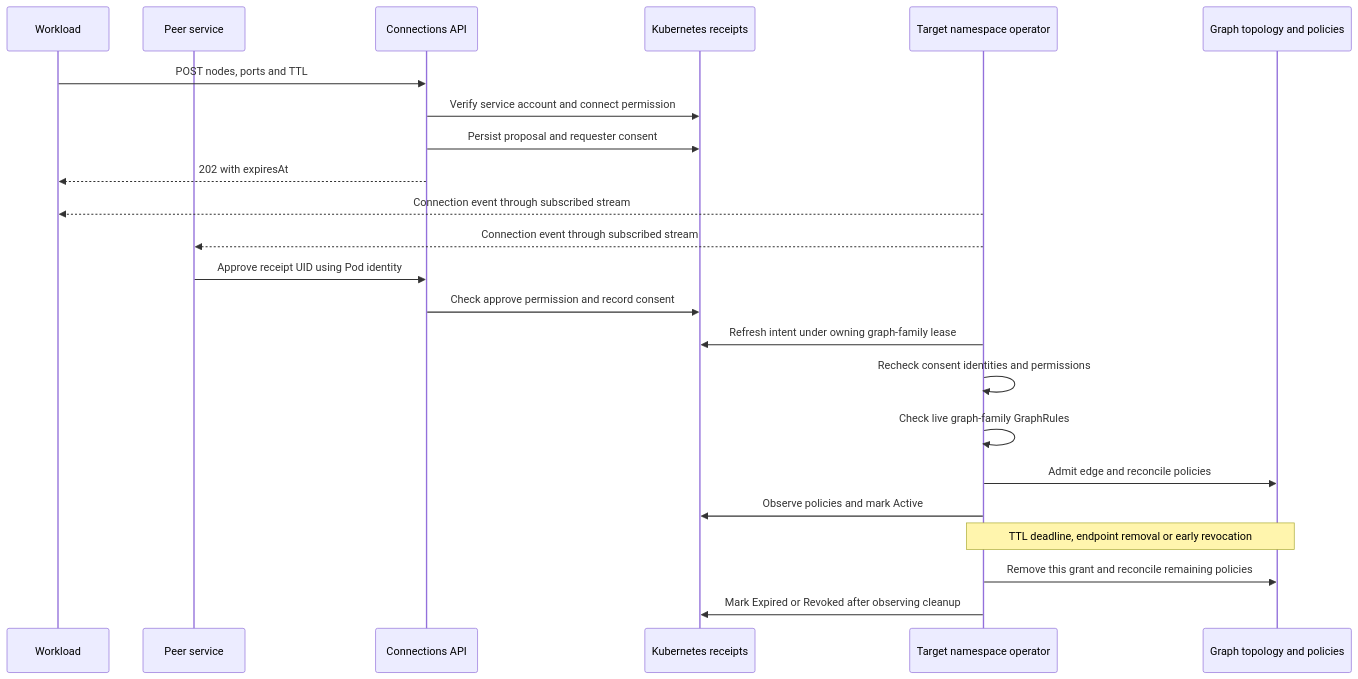
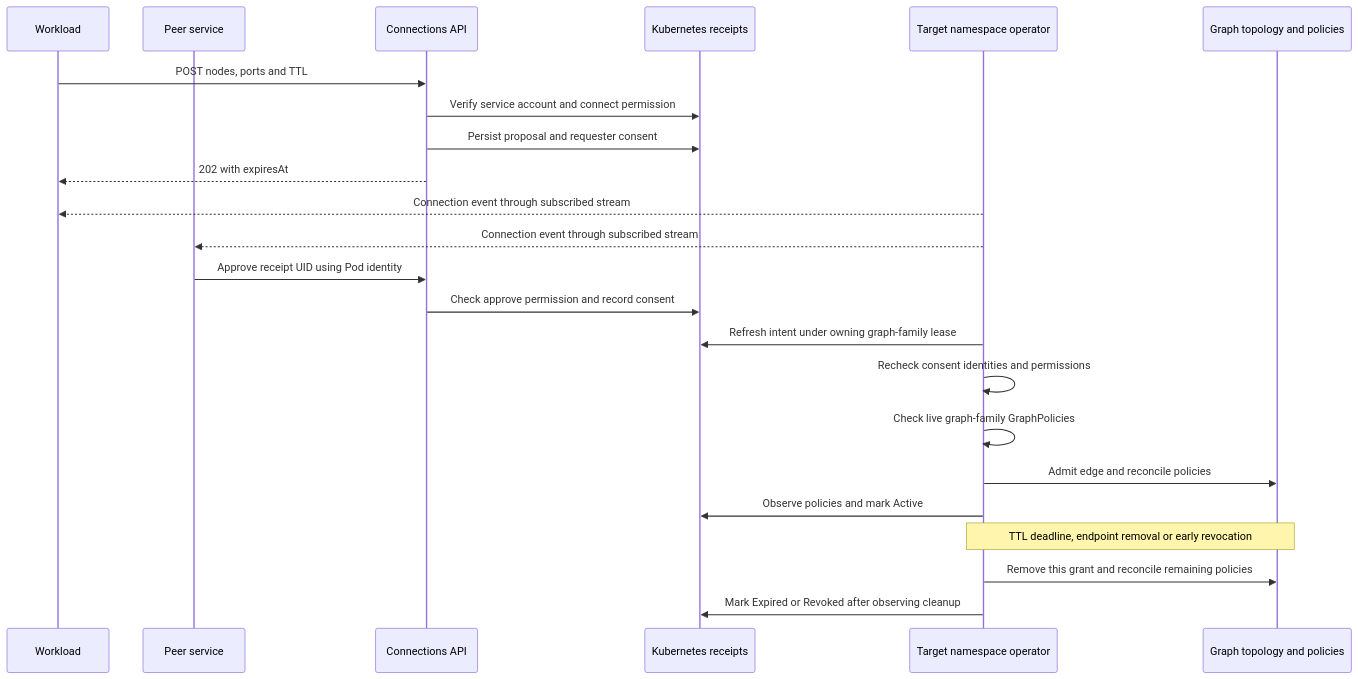
Before and after one commit to astrivant/polyad: the diagram in docs/apis/temporary-connections.md, drawn with Mermaid. The commit also changed other lines of this file and 182 other files, not shown here.

Commit message:
GraphPolicies rename

````diff
--- a/docs/apis/temporary-connections.md
+++ b/docs/apis/temporary-connections.md
@@ -377,25 +377,25 @@
 ```mermaid
 sequenceDiagram
     participant W as Workload
     participant S as Peer service
     participant A as Connections API
     participant K as Kubernetes receipts
     participant O as Target namespace operator
     participant N as Graph topology and policies
     W->>A: POST nodes, ports and TTL
     A->>K: Verify service account and connect permission
     A->>K: Persist proposal and requester consent
     A-->>W: 202 with expiresAt
     O-->>W: Connection event through subscribed stream
     O-->>S: Connection event through subscribed stream
     S->>A: Approve receipt UID using Pod identity
     A->>K: Check approve permission and record consent
     O->>K: Refresh intent under owning graph-family lease
     O->>O: Recheck consent identities and permissions
-    O->>O: Check live graph-family GraphRules
+    O->>O: Check live graph-family GraphPolicies
     O->>N: Admit edge and reconcile policies
     O->>K: Observe policies and mark Active
     Note over O,N: TTL deadline, endpoint removal or early revocation
     O->>N: Remove this grant and reconcile remaining policies
     O->>K: Mark Expired or Revoked after observing cleanup
 ```
````
